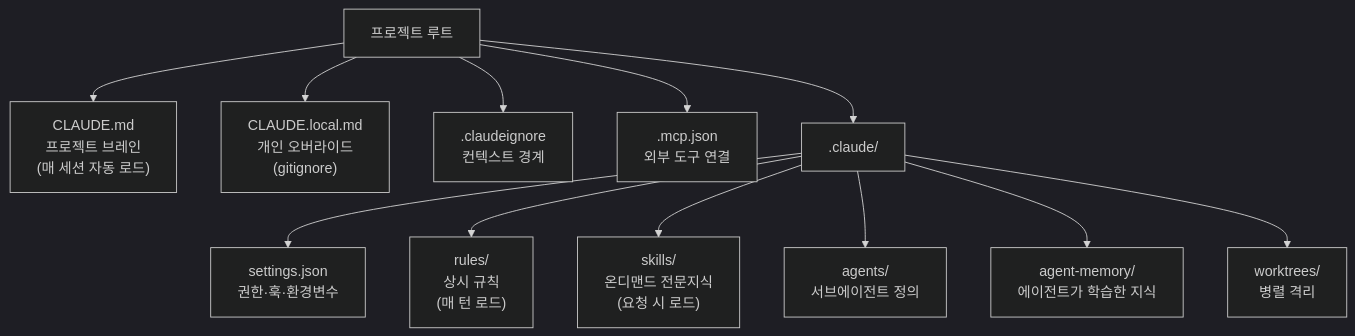
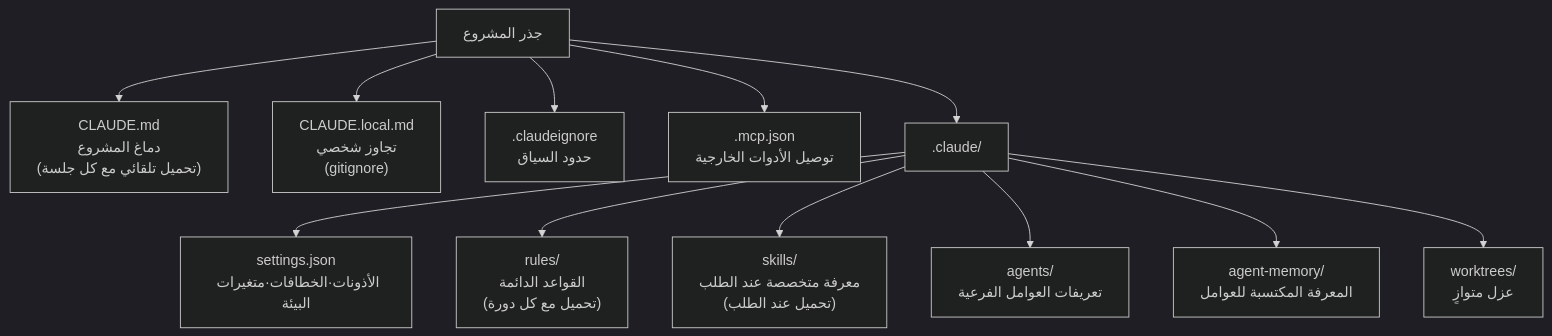
Before and after one commit to ThakiCloud/thakicloud.github.io: the first of 2 diagrams in _posts/ar/technique/2026-06-27-claude-code-project-anatomy-complete-map.md, drawn with Mermaid (dark theme). The commit also changed other lines of this file and 21 other files, not shown here.

First line of the commit message:
fix(blog): translate mermaid labels to post language (en/ar)

````diff
--- a/_posts/ar/technique/2026-06-27-claude-code-project-anatomy-complete-map.md
+++ b/_posts/ar/technique/2026-06-27-claude-code-project-anatomy-complete-map.md
@@ -42,15 +42,15 @@
 ```mermaid
 flowchart TB
-    ROOT["프로젝트 루트"]
-    ROOT --> BRAIN["CLAUDE.md<br/>프로젝트 브레인<br/>(매 세션 자동 로드)"]
-    ROOT --> LOCAL["CLAUDE.local.md<br/>개인 오버라이드<br/>(gitignore)"]
-    ROOT --> IGNORE[".claudeignore<br/>컨텍스트 경계"]
-    ROOT --> MCP[".mcp.json<br/>외부 도구 연결"]
+    ROOT["جذر المشروع"]
+    ROOT --> BRAIN["CLAUDE.md<br/>دماغ المشروع<br/>(تحميل تلقائي مع كل جلسة)"]
+    ROOT --> LOCAL["CLAUDE.local.md<br/>تجاوز شخصي<br/>(gitignore)"]
+    ROOT --> IGNORE[".claudeignore<br/>حدود السياق"]
+    ROOT --> MCP[".mcp.json<br/>توصيل الأدوات الخارجية"]
     ROOT --> DOTC[".claude/"]
-    DOTC --> SET["settings.json<br/>권한·훅·환경변수"]
-    DOTC --> RULES["rules/<br/>상시 규칙<br/>(매 턴 로드)"]
-    DOTC --> SKILLS["skills/<br/>온디맨드 전문지식<br/>(요청 시 로드)"]
-    DOTC --> AGENTS["agents/<br/>서브에이전트 정의"]
-    DOTC --> MEM["agent-memory/<br/>에이전트가 학습한 지식"]
-    DOTC --> WT["worktrees/<br/>병렬 격리"]
+    DOTC --> SET["settings.json<br/>الأذونات·الخطافات·متغيرات البيئة"]
+    DOTC --> RULES["rules/<br/>القواعد الدائمة<br/>(تحميل مع كل دورة)"]
+    DOTC --> SKILLS["skills/<br/>معرفة متخصصة عند الطلب<br/>(تحميل عند الطلب)"]
+    DOTC --> AGENTS["agents/<br/>تعريفات العوامل الفرعية"]
+    DOTC --> MEM["agent-memory/<br/>المعرفة المكتسبة للعوامل"]
+    DOTC --> WT["worktrees/<br/>عزل متوازٍ"]
 ```
````
